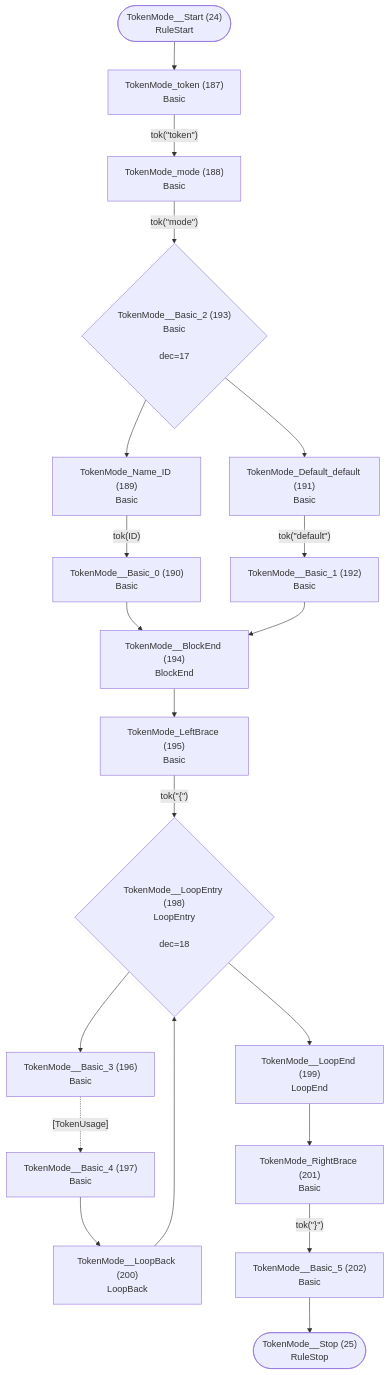
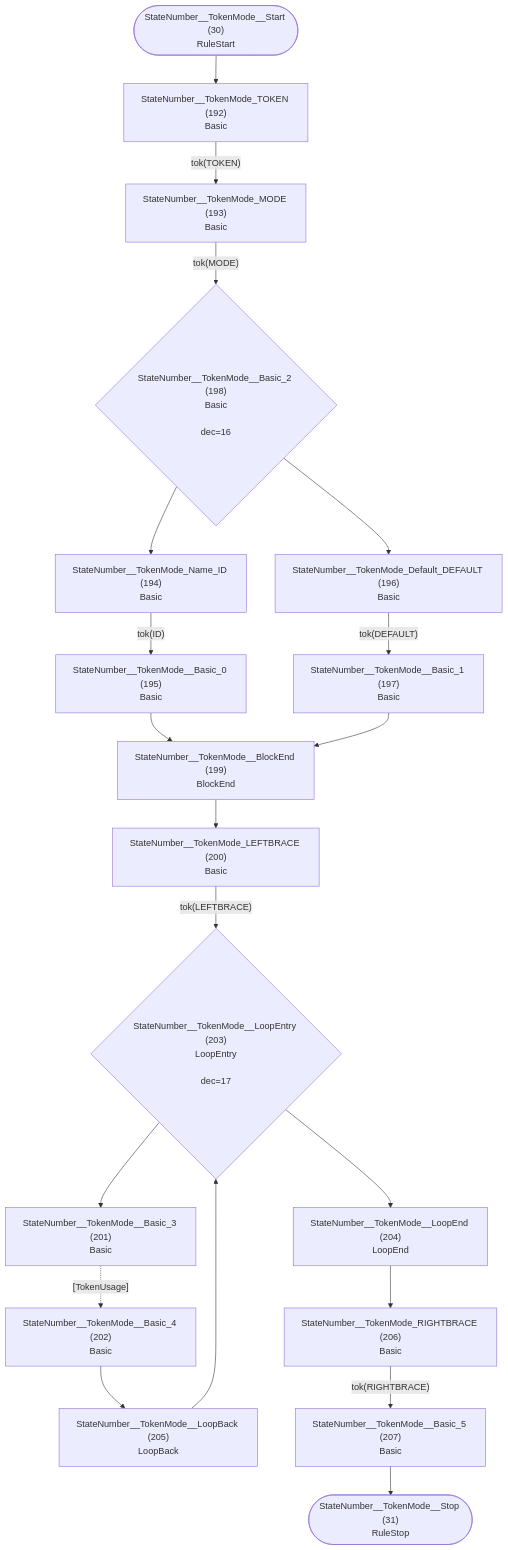
One commit to TypeFox/fastbelt changed diagram 16 of 32 in internal/grammar/atn.md. Above: the diagram before and after it, drawn with Mermaid. The commit also changed other lines of this file and 5 other files, not shown here.

````diff
--- a/internal/grammar/atn.md
+++ b/internal/grammar/atn.md
@@ -409,41 +435,41 @@
 ```mermaid
 flowchart TD
-    q24(["TokenMode__Start (24)<br/>RuleStart"])
-    q25(["TokenMode__Stop (25)<br/>RuleStop"])
-    q187["TokenMode_token (187)<br/>Basic<br/>"]
-    q188["TokenMode_mode (188)<br/>Basic<br/>"]
-    q189["TokenMode_Name_ID (189)<br/>Basic<br/>"]
-    q190["TokenMode__Basic_0 (190)<br/>Basic<br/>"]
-    q191["TokenMode_Default_default (191)<br/>Basic<br/>"]
-    q192["TokenMode__Basic_1 (192)<br/>Basic<br/>"]
-    q193{"TokenMode__Basic_2 (193)<br/>Basic<br/><br/>dec=17"}
-    q194["TokenMode__BlockEnd (194)<br/>BlockEnd<br/>"]
-    q195["TokenMode_LeftBrace (195)<br/>Basic<br/>"]
-    q196["TokenMode__Basic_3 (196)<br/>Basic<br/>"]
-    q197["TokenMode__Basic_4 (197)<br/>Basic<br/>"]
-    q198{"TokenMode__LoopEntry (198)<br/>LoopEntry<br/><br/>dec=18"}
-    q199["TokenMode__LoopEnd (199)<br/>LoopEnd<br/>"]
-    q200["TokenMode__LoopBack (200)<br/>LoopBack<br/>"]
-    q201["TokenMode_RightBrace (201)<br/>Basic<br/>"]
-    q202["TokenMode__Basic_5 (202)<br/>Basic<br/>"]
+    q30(["StateNumber__TokenMode__Start (30)<br/>RuleStart"])
+    q31(["StateNumber__TokenMode__Stop (31)<br/>RuleStop"])
+    q192["StateNumber__TokenMode_TOKEN (192)<br/>Basic<br/>"]
+    q193["StateNumber__TokenMode_MODE (193)<br/>Basic<br/>"]
+    q194["StateNumber__TokenMode_Name_ID (194)<br/>Basic<br/>"]
+    q195["StateNumber__TokenMode__Basic_0 (195)<br/>Basic<br/>"]
+    q196["StateNumber__TokenMode_Default_DEFAULT (196)<br/>Basic<br/>"]
+    q197["StateNumber__TokenMode__Basic_1 (197)<br/>Basic<br/>"]
+    q198{"StateNumber__TokenMode__Basic_2 (198)<br/>Basic<br/><br/>dec=16"}
+    q199["StateNumber__TokenMode__BlockEnd (199)<br/>BlockEnd<br/>"]
+    q200["StateNumber__TokenMode_LEFTBRACE (200)<br/>Basic<br/>"]
+    q201["StateNumber__TokenMode__Basic_3 (201)<br/>Basic<br/>"]
+    q202["StateNumber__TokenMode__Basic_4 (202)<br/>Basic<br/>"]
+    q203{"StateNumber__TokenMode__LoopEntry (203)<br/>LoopEntry<br/><br/>dec=17"}
+    q204["StateNumber__TokenMode__LoopEnd (204)<br/>LoopEnd<br/>"]
+    q205["StateNumber__TokenMode__LoopBack (205)<br/>LoopBack<br/>"]
+    q206["StateNumber__TokenMode_RIGHTBRACE (206)<br/>Basic<br/>"]
+    q207["StateNumber__TokenMode__Basic_5 (207)<br/>Basic<br/>"]
 
-    q24 --> q187
-    q187 -->|"tok(&quot;token&quot;)"| q188
-    q188 -->|"tok(&quot;mode&quot;)"| q193
-    q189 -->|"tok(ID)"| q190
-    q190 --> q194
-    q191 -->|"tok(&quot;default&quot;)"| q192
-    q192 --> q194
-    q193 --> q189
-    q193 --> q191
-    q194 --> q195
-    q195 -->|"tok(&quot;{&quot;)"| q198
-    q196 -.->|"[TokenUsage]"| q197
-    q197 --> q200
+    q30 --> q192
+    q192 -->|"tok(TOKEN)"| q193
+    q193 -->|"tok(MODE)"| q198
+    q194 -->|"tok(ID)"| q195
+    q195 --> q199
+    q196 -->|"tok(DEFAULT)"| q197
+    q197 --> q199
+    q198 --> q194
     q198 --> q196
-    q198 --> q199
-    q199 --> q201
-    q200 --> q198
-    q201 -->|"tok(&quot;}&quot;)"| q202
-    q202 --> q25
+    q199 --> q200
+    q200 -->|"tok(LEFTBRACE)"| q203
+    q201 -.->|"[TokenUsage]"| q202
+    q202 --> q205
+    q203 --> q201
+    q203 --> q204
+    q204 --> q206
+    q205 --> q203
+    q206 -->|"tok(RIGHTBRACE)"| q207
+    q207 --> q31
 ```
````
